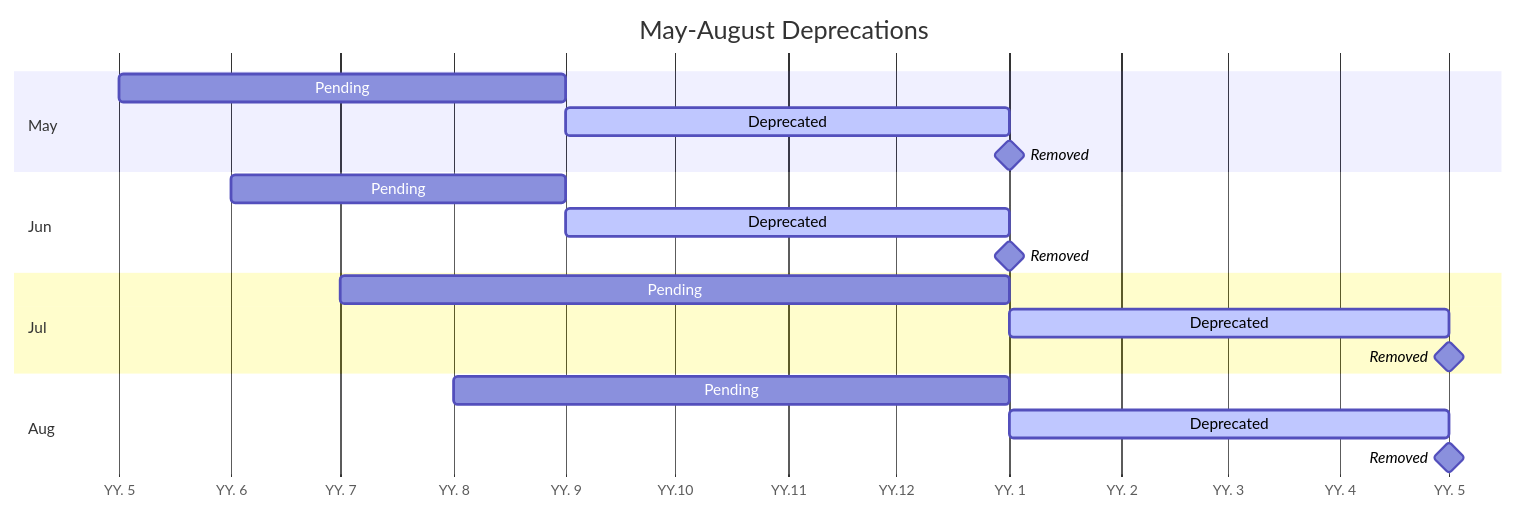
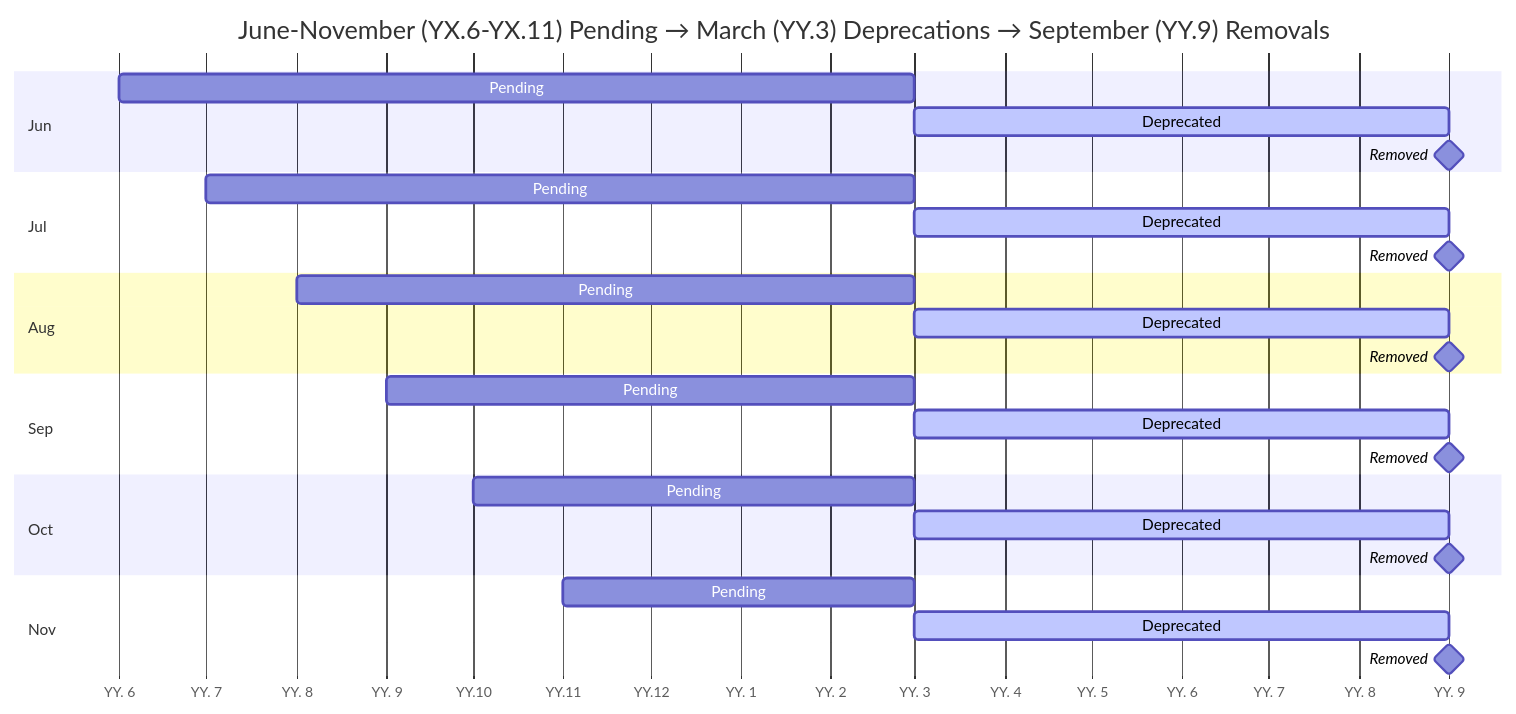
Before and after one commit to conda/ceps: the first of 2 diagrams in cep-deprecation.md, drawn with Mermaid. The commit also changed other lines of this file, not shown here.

````diff
--- a/cep-deprecation.md
+++ b/cep-deprecation.md
@@ -77,26 +50,36 @@
 ```mermaid
 gantt
     dateFormat  YYYY-MM
     axisFormat YY.%_m
-    title       May-August Deprecations
-
-    section May
-    Pending     :           2023-05, 2023-09
-    Deprecated  :active,    2023-09, 2024-01
-    Removed     :milestone, 2024-01
+    title       June-November (YX.6-YX.11) Pending → March (YY.3) Deprecations → September (YY.9) Removals
 
     section Jun
-    Pending     :           2023-06, 2023-09
-    Deprecated  :active,    2023-09, 2024-01
-    Removed     :milestone, 2024-01
+    Pending     :           2023-06, 2024-03
+    Deprecated  :active,    2024-03, 2024-09
+    Removed     :milestone, 2024-09
 
     section Jul
-    Pending     :           2023-07, 2024-01
-    Deprecated  :active,    2024-01, 2024-05
-    Removed     :milestone, 2024-05
+    Pending     :           2023-07, 2024-03
+    Deprecated  :active,    2024-03, 2024-09
+    Removed     :milestone, 2024-09
 
     section Aug
-    Pending     :           2023-08, 2024-01
-    Deprecated  :active,    2024-01, 2024-05
-    Removed     :milestone, 2024-05
+    Pending     :           2023-08, 2024-03
+    Deprecated  :active,    2024-03, 2024-09
+    Removed     :milestone, 2024-09
+
+    section Sep
+    Pending     :           2023-09, 2024-03
+    Deprecated  :active,    2024-03, 2024-09
+    Removed     :milestone, 2024-09
+
+    section Oct
+    Pending     :           2023-10, 2024-03
+    Deprecated  :active,    2024-03, 2024-09
+    Removed     :milestone, 2024-09
+
+    section Nov
+    Pending     :           2023-11, 2024-03
+    Deprecated  :active,    2024-03, 2024-09
+    Removed     :milestone, 2024-09
 ```
````
